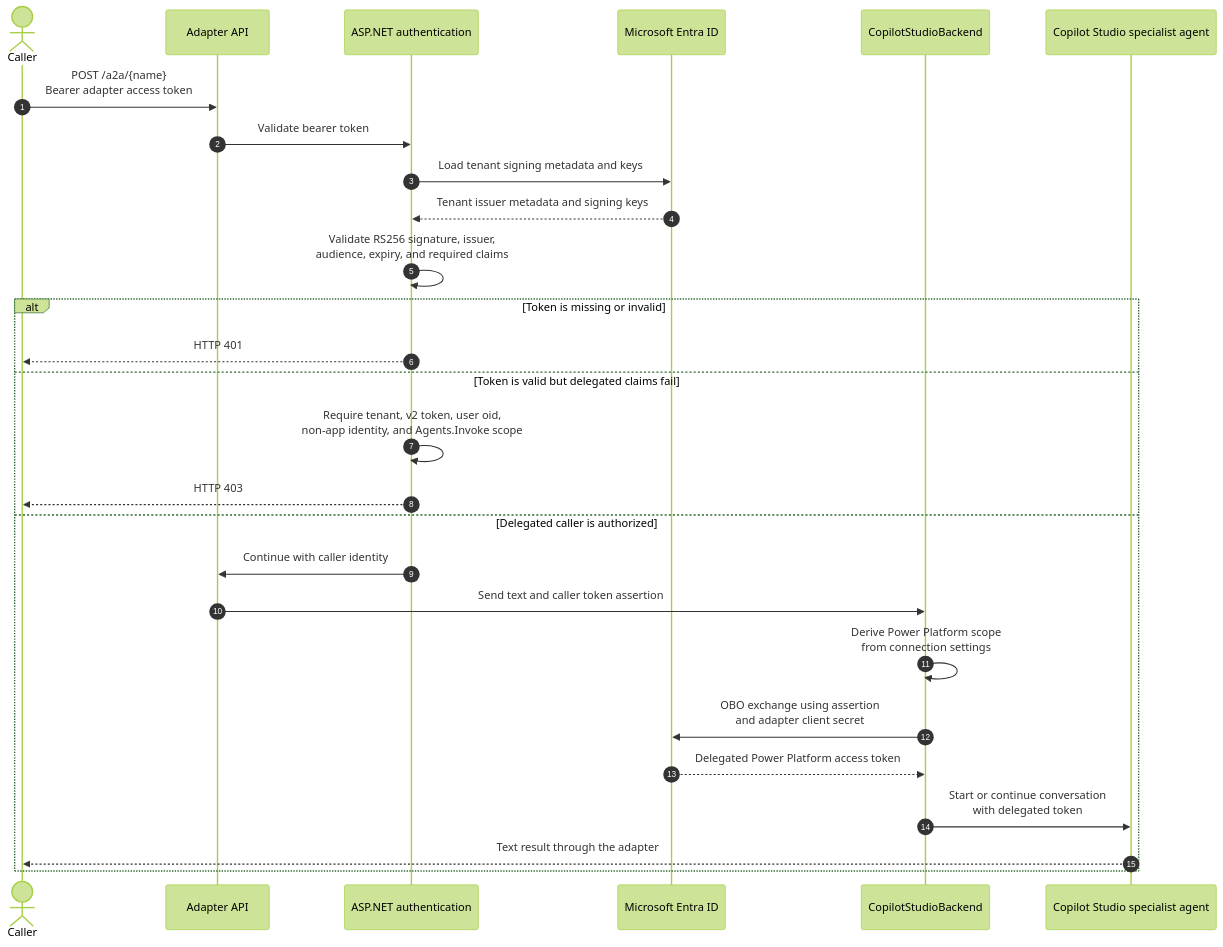
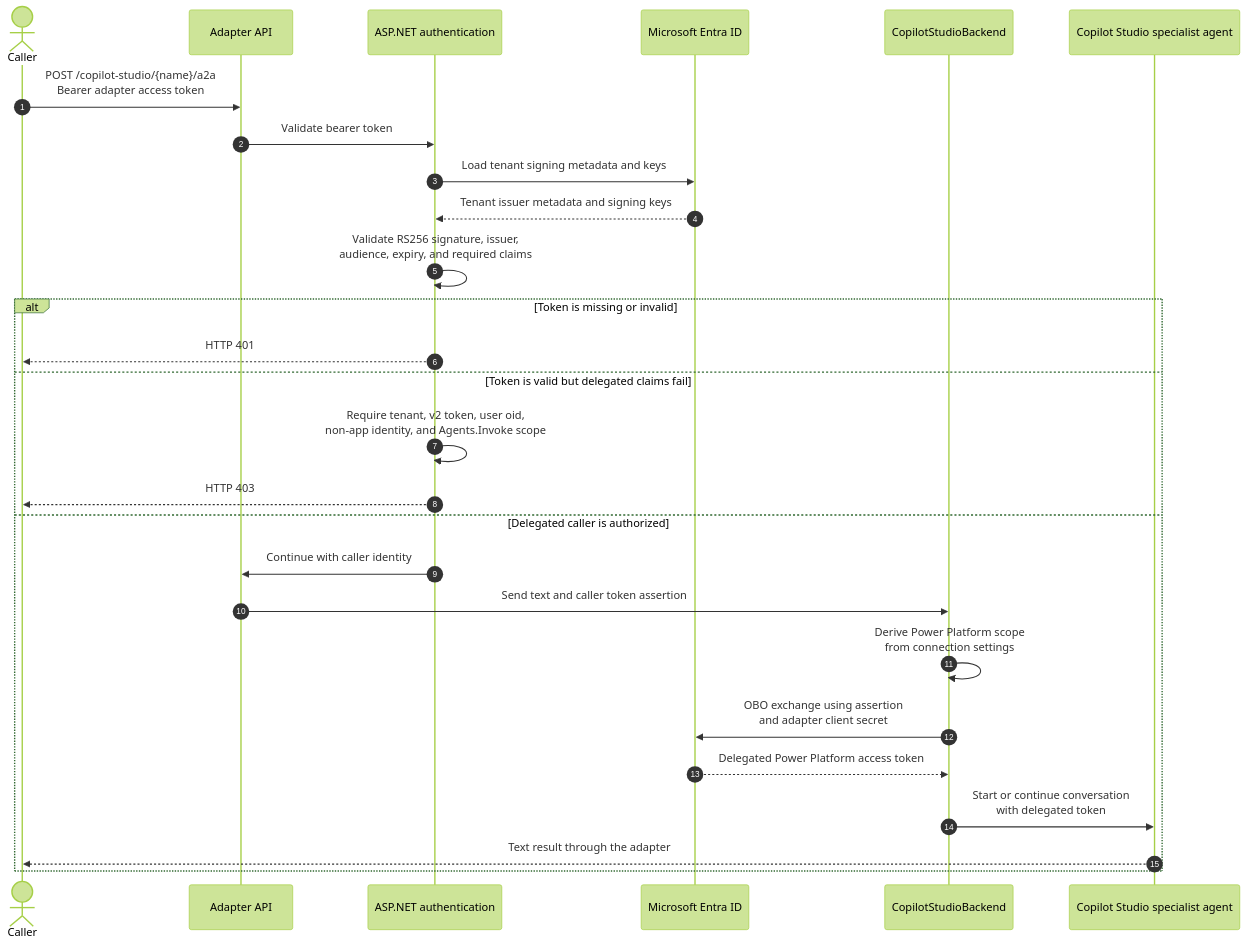
Before and after one commit to oxanaoosterlee/a2a-copilot-studio: the first of 3 diagrams in README.md, drawn with Mermaid (forest theme). The commit also changed other lines of this file and 24 other files, not shown here.

````diff
--- a/README.md
+++ b/README.md
@@ -22,30 +22,30 @@
 ```mermaid
 sequenceDiagram
 autonumber
 actor Caller
 participant Adapter as Adapter API
 participant Auth as ASP.NET authentication
 participant Entra as Microsoft Entra ID
 participant Backend as CopilotStudioBackend
 participant Studio as Copilot Studio specialist agent
 
-Caller->>Adapter: POST /a2a/{name}<br/>Bearer adapter access token
+Caller->>Adapter: POST /copilot-studio/{name}/a2a<br/>Bearer adapter access token
 Adapter->>Auth: Validate bearer token
 Auth->>Entra: Load tenant signing metadata and keys
 Entra-->>Auth: Tenant issuer metadata and signing keys
 Auth->>Auth: Validate RS256 signature, issuer,<br/>audience, expiry, and required claims
 alt Token is missing or invalid
 Auth-->>Caller: HTTP 401
 else Token is valid but delegated claims fail
 Auth->>Auth: Require tenant, v2 token, user oid,<br/>non-app identity, and Agents.Invoke scope
 Auth-->>Caller: HTTP 403
 else Delegated caller is authorized
 Auth->>Adapter: Continue with caller identity
 Adapter->>Backend: Send text and caller token assertion
 Backend->>Backend: Derive Power Platform scope<br/>from connection settings
 Backend->>Entra: OBO exchange using assertion<br/>and adapter client secret
 Entra-->>Backend: Delegated Power Platform access token
 Backend->>Studio: Start or continue conversation<br/>with delegated token
 Studio-->>Caller: Text result through the adapter
 end
 ```
````
